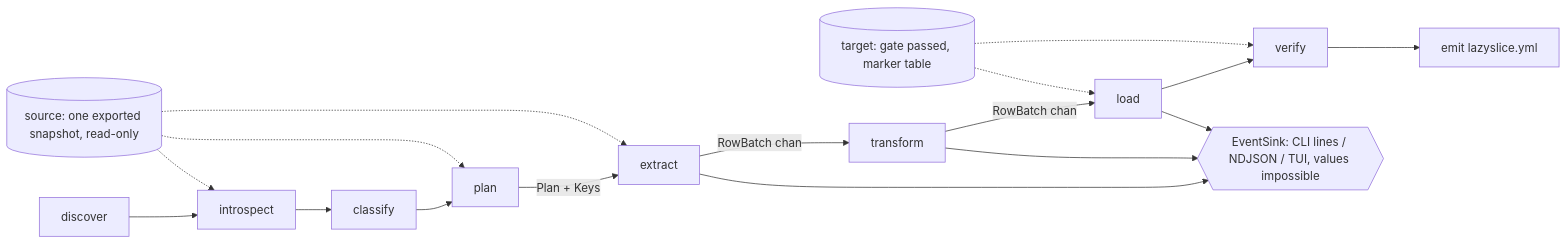
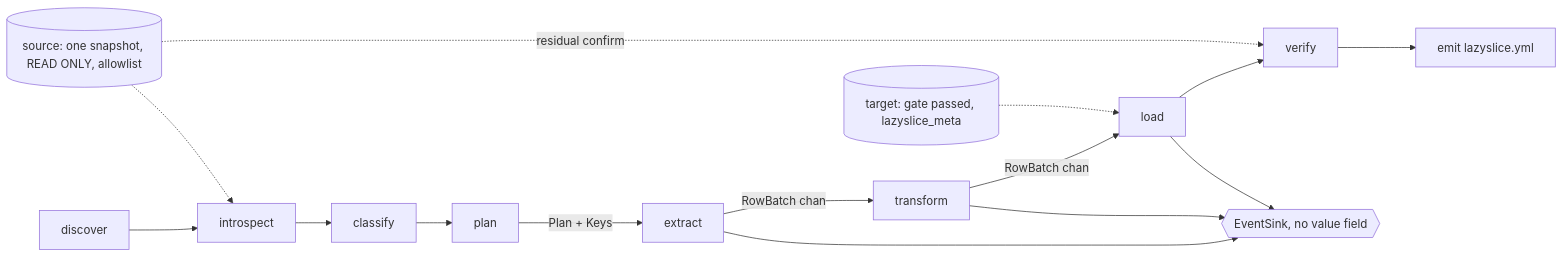
Before and after one commit to Liarea/lazyslice: the first of 2 diagrams in research/proposals/risk-first.md, drawn with Mermaid. The commit also changed other lines of this file and 26 other files, not shown here.

Commit message:
Phase 2 closed: ADRs 001-006 accepted, ARCHITECTURE.md, THREAT_MODEL.md; phase 3 opened

````diff
--- a/research/proposals/risk-first.md
+++ b/research/proposals/risk-first.md
@@ -67,16 +64,14 @@
 ```mermaid
 flowchart LR
   D[discover] --> I[introspect] --> C[classify] --> P[plan]
   P -->|Plan + Keys| X[extract]
   X -->|RowBatch chan| T[transform]
   T -->|RowBatch chan| L[load]
   L --> V[verify] --> E[emit lazyslice.yml]
-  S[(source: one exported snapshot, read-only)] -.-> I
-  S -.-> P
-  S -.-> X
-  G[(target: gate passed, marker table)] -.-> L
-  G -.-> V
-  X --> K{{EventSink: CLI lines / NDJSON / TUI, values impossible}}
+  S[(source: one snapshot, READ ONLY, allowlist)] -.-> I
+  S -.->|residual confirm| V
+  G[(target: gate passed, lazyslice_meta)] -.-> L
+  X --> K{{EventSink, no value field}}
   T --> K
   L --> K
 ```
````
